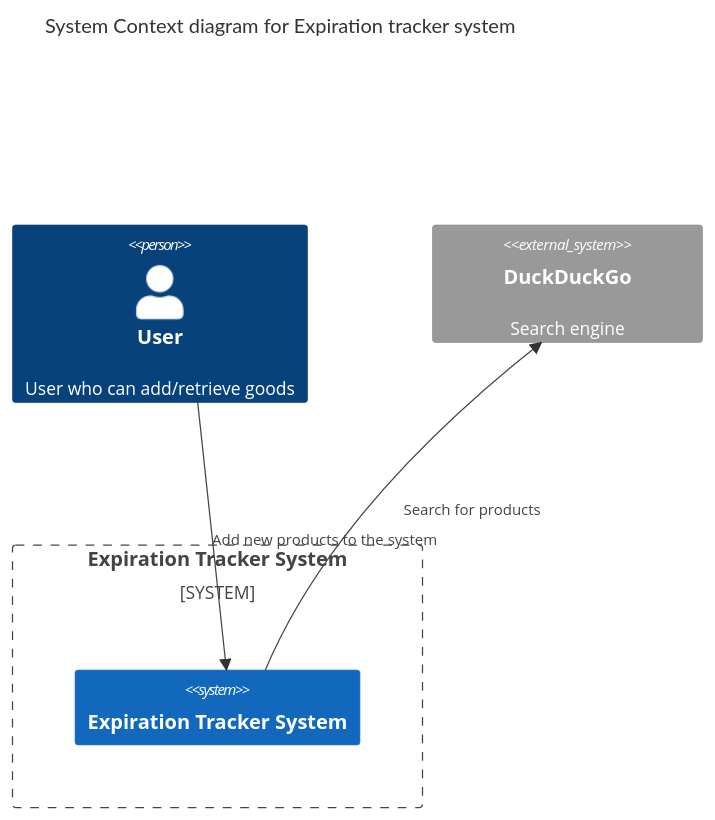
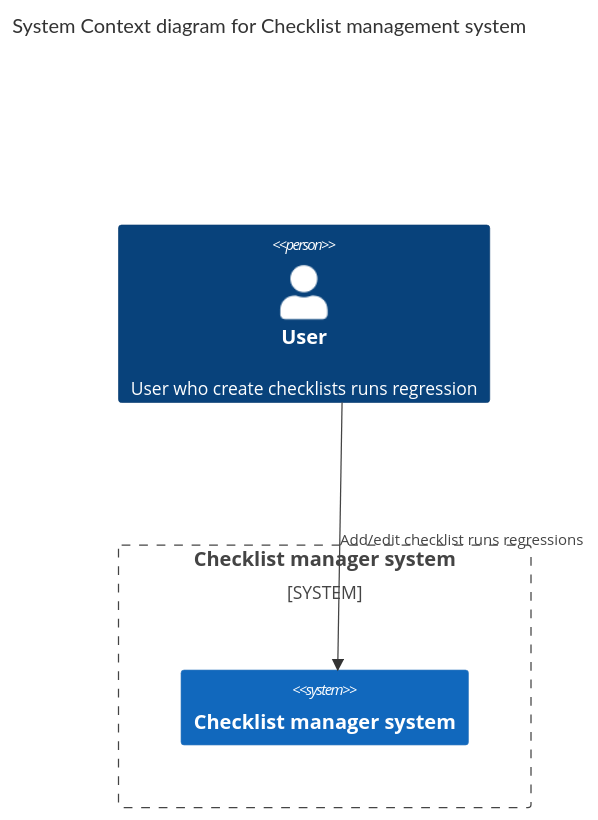
Before and after one commit to HomeLabHQ/checklist-manager: the diagram in docs/c4/system.md, drawn with Mermaid. The commit also changed 10 other files, not shown here.

````diff
--- a/docs/c4/system.md
+++ b/docs/c4/system.md
@@ -1,12 +1,10 @@
 ```mermaid
 C4Context
-      title System Context diagram for Expiration tracker system
-      Person(user, "User", "User who can add/retrieve goods")
-      System_Boundary(expiration-tracker-boundary, "Expiration Tracker System") {
-        Rel(user,expiration-tracker, "Add new products to the system")
-        System(expiration-tracker, "Expiration Tracker System")
+      title System Context diagram for Checklist management system
+      Person(user, "User", "User who create checklists runs regression")
+      System_Boundary(checklist-manager-boundary, "Checklist manager system") {
+        Rel(user,checklist-manager, "Add/edit checklist runs regressions")
+        System(checklist-manager, "Checklist manager system")
       }
-      System_Ext('duckduckgo', "DuckDuckGo", "Search engine")
-      Rel(expiration-tracker, 'duckduckgo', "Search for products")
       UpdateLayoutConfig($c4ShapeInRow="2", $c4BoundaryInRow="1")
 ```
````
